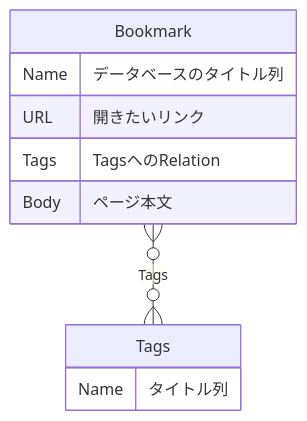
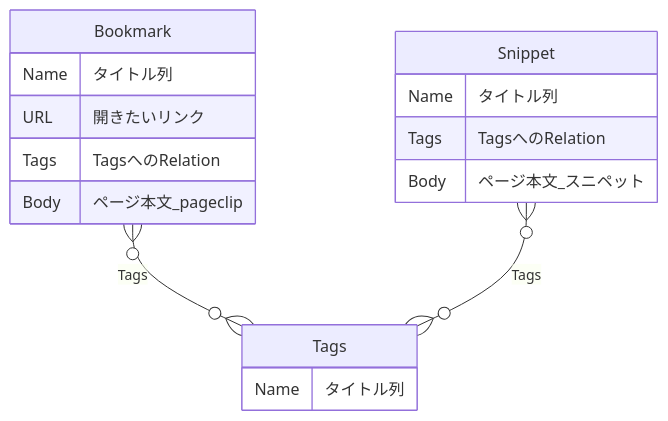
Before and after one commit to kuroweb/raycast-notion-bookmark: the diagram in README.md, drawn with Mermaid. The commit also changed other lines of this file, not shown here.

````diff
--- a/README.md
+++ b/README.md
@@ -11,13 +30,19 @@
-  ```mermaid
-  erDiagram
-      Tags {
-          Name タイトル列
-      }
-      Bookmark {
-          Name データベースのタイトル列
-          URL 開きたいリンク
-          Tags TagsへのRelation
-          Body ページ本文
-      }
-      Bookmark }o--o{ Tags : Tags
-  ```
+```mermaid
+erDiagram
+    Tags {
+        Name タイトル列
+    }
+    Bookmark {
+        Name タイトル列
+        URL 開きたいリンク
+        Tags TagsへのRelation
+        Body ページ本文_pageclip
+    }
+    Snippet {
+        Name タイトル列
+        Tags TagsへのRelation
+        Body ページ本文_スニペット
+    }
+    Bookmark }o--o{ Tags : Tags
+    Snippet }o--o{ Tags : Tags
+```
````
